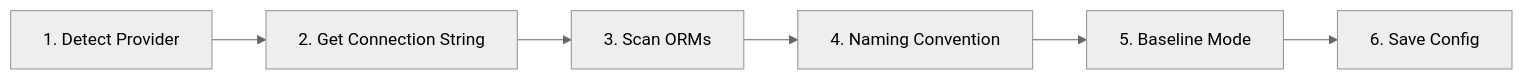
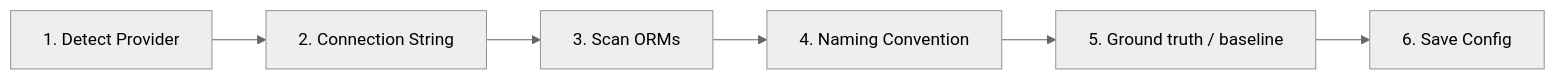
Before and after one commit to thanhnt-sm/eco_support_net_oracle: the second of 2 diagrams in docs/03-components/core/auto-detection.md, drawn with Mermaid (neutral theme). The commit also changed other lines of this file and 408 other files, not shown here.

````diff
--- a/docs/03-components/core/auto-detection.md
+++ b/docs/03-components/core/auto-detection.md
@@ -210,8 +120,8 @@
 ```mermaid
 flowchart LR
-    S1[1. Detect Provider] --> S2[2. Get Connection String]
+    S1[1. Detect Provider] --> S2[2. Connection String]
     S2 --> S3[3. Scan ORMs]
     S3 --> S4[4. Naming Convention]
-    S4 --> S5[5. Baseline Mode]
+    S4 --> S5[5. Ground truth / baseline]
     S5 --> S6[6. Save Config]
 ```
````
